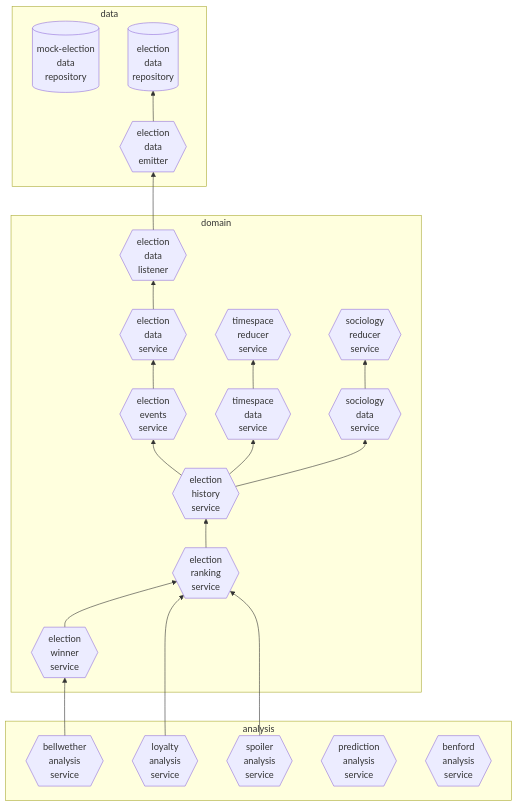
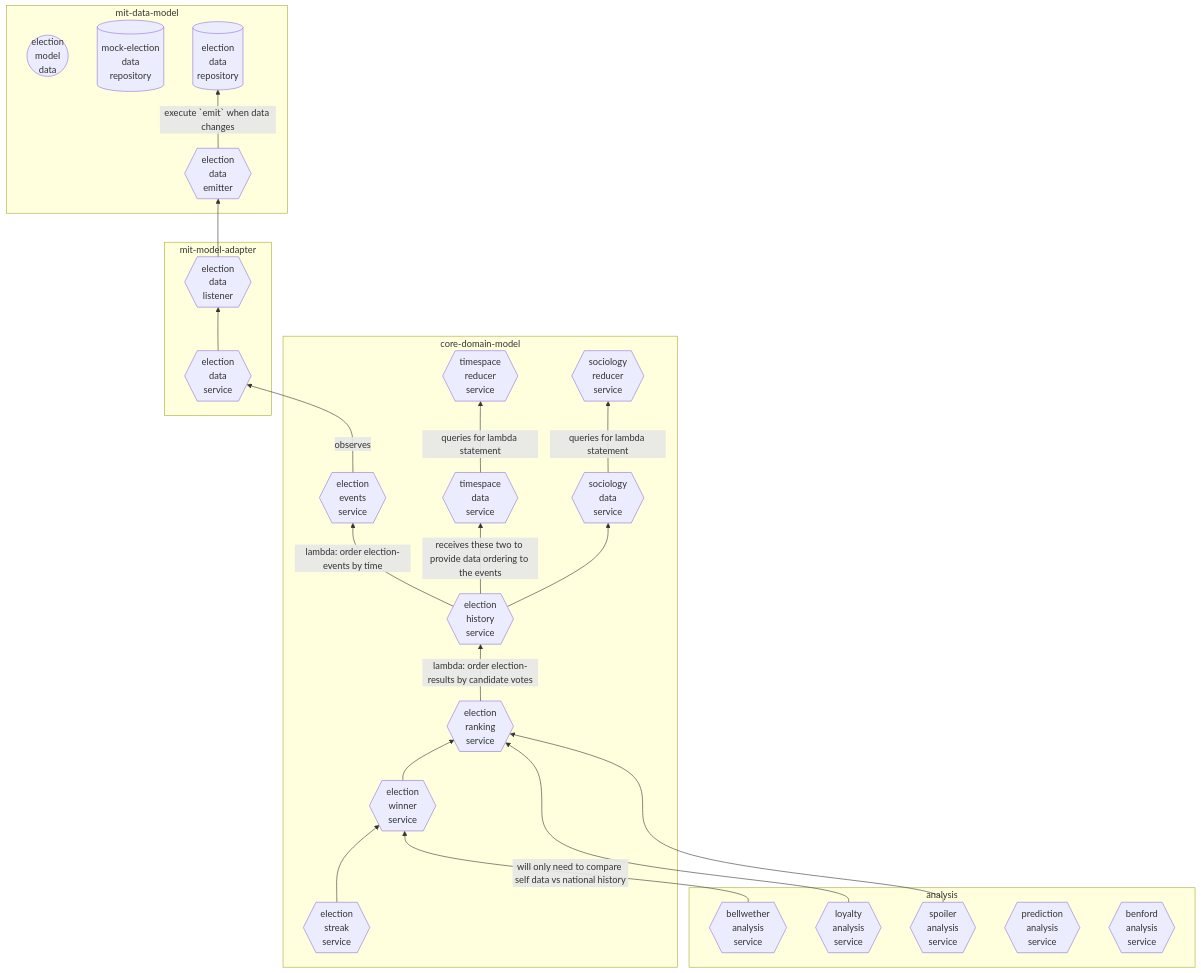
The diagram in docs/arch/input/flow_chart.mmd (DrewStern/election-analysis), drawn with Mermaid before and after one commit. The commit also changed 1 other file, not shown here.

Commit message:
update arch docs and README

````diff
--- a/docs/arch/input/flow_chart.mmd
+++ b/docs/arch/input/flow_chart.mmd
@@ -1,45 +1,51 @@
 ```mermaid
 graph BT
 
     subgraph analysis [analysis]
     BellwetherAnalysisService{{bellwether<br>analysis<br>service}}
     LoyaltyAnalysisService{{loyalty<br>analysis<br>service}}
     SpoilerAnalysisService{{spoiler<br>analysis<br>service}}
     PredictionAnalysisService{{prediction<br>analysis<br>service}}
     BenfordAnalysisService{{benford<br>analysis<br>service}}
     end
 
-    subgraph domain [domain]
-    ElectionDataListener{{election<br>data<br>listener}}
-    ElectionDataService{{election<br>data<br>service}}
+    subgraph core-domain-model [core-domain-model]
     ElectionEventsService{{election<br>events<br>service}}
     TimespaceDataService{{timespace<br>data<br>service}}
     SociologyDataService{{sociology<br>data<br>service}}
     TimespaceReducerService{{timespace<br>reducer<br>service}}
     SociologyReducerService{{sociology<br>reducer<br>service}}
     ElectionHistoryService{{election<br>history<br>service}}
     ElectionRankingService{{election<br>ranking<br>service}}
     ElectionWinnerService{{election<br>winner<br>service}}
+    ElectionStreakService{{election<br>streak<br>service}}
     end
 
-    subgraph data [data]
+    subgraph mit-model-adapter [mit-model-adapter]
+    ElectionDataListener{{election<br>data<br>listener}}
+    ElectionDataService{{election<br>data<br>service}}
+    end
+
+    subgraph mit-data-model [mit-data-model]
+    ElectionData((election<br>model<br>data))
     MockElectionDataRepository[(mock-election<br>data<br>repository)]
     ElectionDataRepository[(election<br>data<br>repository)]
     ElectionDataEmitter{{election<br>data<br>emitter}}
     end
 
-    ElectionDataEmitter --> ElectionDataRepository
+    ElectionDataEmitter -->|execute `emit` when data changes| ElectionDataRepository
     ElectionDataListener --> ElectionDataEmitter
     ElectionDataService --> ElectionDataListener
-    ElectionEventsService --> ElectionDataService
-    ElectionHistoryService --> ElectionEventsService
-    ElectionHistoryService --> TimespaceDataService
+    ElectionEventsService -->|observes| ElectionDataService
+    ElectionHistoryService -->|lambda: order election-events by time| ElectionEventsService
+    ElectionHistoryService -->|receives these two to provide data ordering to the events| TimespaceDataService
     ElectionHistoryService --> SociologyDataService
-    ElectionRankingService --> ElectionHistoryService
-    TimespaceDataService --> TimespaceReducerService
-    SociologyDataService --> SociologyReducerService
+    ElectionRankingService -->|lambda: order election-results by candidate votes| ElectionHistoryService
+    TimespaceDataService -->|queries for lambda statement| TimespaceReducerService
+    SociologyDataService -->|queries for lambda statement| SociologyReducerService
     ElectionWinnerService --> ElectionRankingService
-    BellwetherAnalysisService --> ElectionWinnerService
+    ElectionStreakService --> ElectionWinnerService
+    BellwetherAnalysisService -->|will only need to compare self data vs national history| ElectionWinnerService
     LoyaltyAnalysisService --> ElectionRankingService
     SpoilerAnalysisService --> ElectionRankingService
 ```
````
